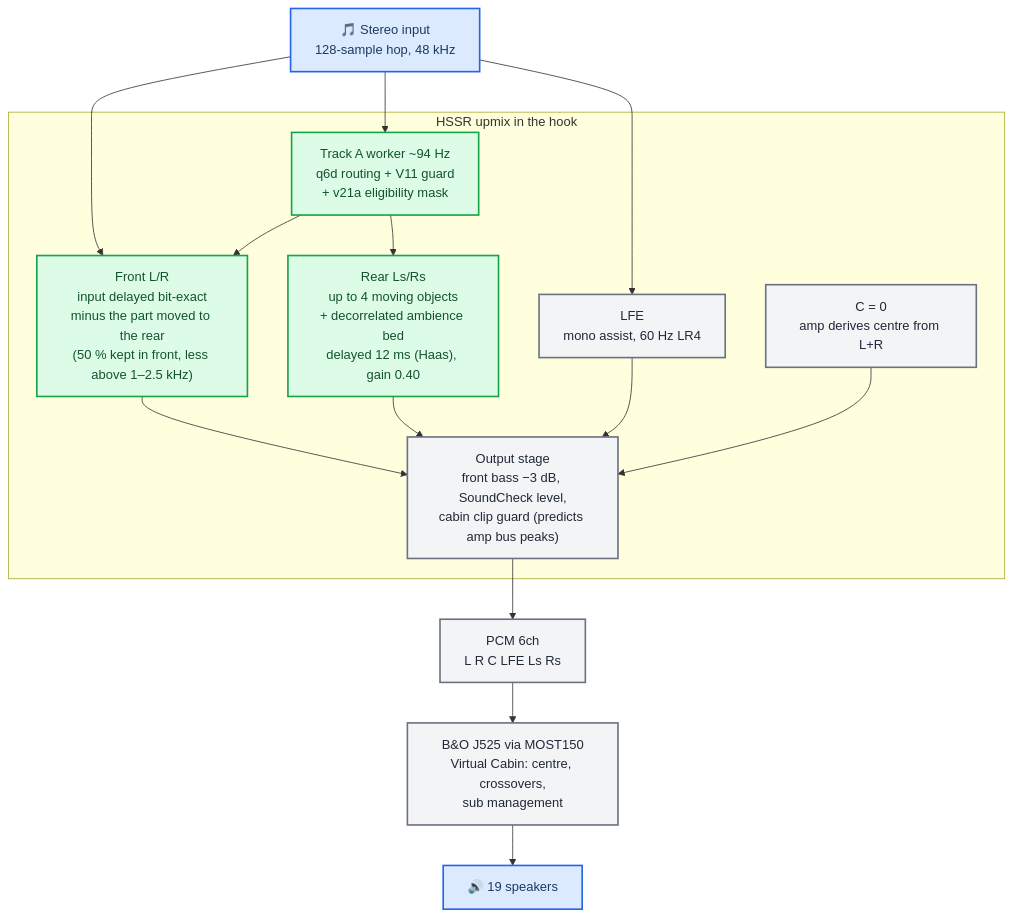
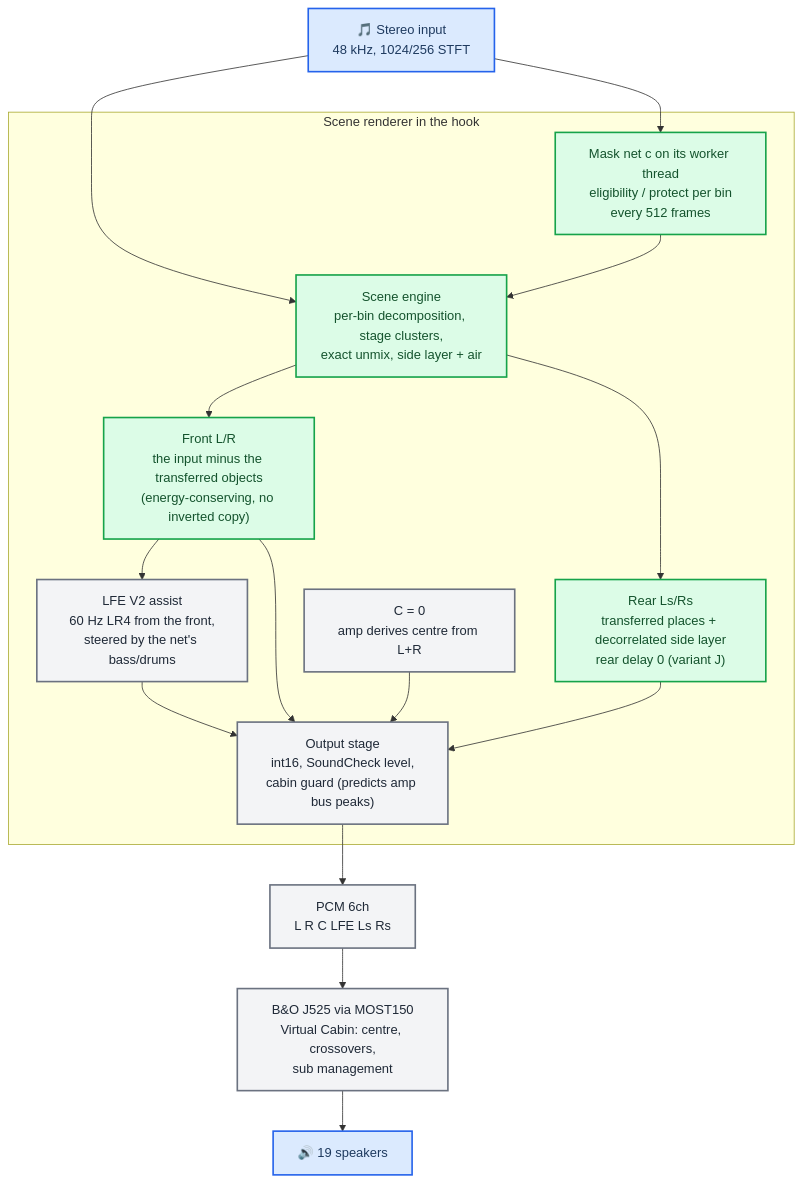
One commit to luka-dev/mib2q-carplay-rgi changed the first of 5 diagrams in docs/audio/STEREO_TO_5_1_UPMIX.md. Above: the diagram before and after it, drawn with Mermaid. The commit also changed other lines of this file and 1105 other files, not shown here.

First line of the commit message:
audio: retire the HSSR Universal upmix, SCENE is the only renderer

````diff
--- a/docs/audio/STEREO_TO_5_1_UPMIX.md
+++ b/docs/audio/STEREO_TO_5_1_UPMIX.md
@@ -11,37 +11,39 @@
 ```mermaid
 flowchart TB
-    accTitle: HSSR upmix at a glance
-    accDescr: Stereo input is split into a delayed front and a feature path. Track A uses q6d routing, V11 protection and v21a eligibility to build rear objects and an ambience bed delayed 12 ms; PCM6 then reaches the B&O amplifier and its 19 speakers.
-    stereo["🎵 Stereo input<br/>128-sample hop, 48 kHz"]
+    accTitle: Scene upmix at a glance
+    accDescr: Stereo input enters the scene engine, which analyses it in 1024-sample frames, moves off-centre instruments and the room residual to the rear and keeps the rest in front; the fine mask net steers which instruments move; PCM6 then reaches the B&O amplifier and its 19 speakers.
+    stereo["🎵 Stereo input<br/>48 kHz, 1024/256 STFT"]
 
-    subgraph hssr ["HSSR upmix in the hook"]
-        front["Front L/R<br/>input delayed bit-exact<br/>minus the part moved to the rear<br/>(50 % kept in front, less above 1–2.5 kHz)"]
-        ctrl["Track A worker ~94 Hz<br/>q6d routing + V11 guard<br/>+ v21a eligibility mask"]
-        rear["Rear Ls/Rs<br/>up to 4 moving objects<br/>+ decorrelated ambience bed<br/>delayed 12 ms (Haas), gain 0.40"]
-        lfe["LFE<br/>mono assist, 60 Hz LR4"]
+    subgraph scene ["Scene renderer in the hook"]
+        front["Front L/R<br/>the input minus the transferred objects<br/>(energy-conserving, no inverted copy)"]
+        engine["Scene engine<br/>per-bin decomposition, stage clusters,<br/>exact unmix, side layer + air"]
+        net["Mask net c on its worker thread<br/>eligibility / protect per bin<br/>every 512 frames"]
+        rear["Rear Ls/Rs<br/>transferred places + decorrelated side layer<br/>rear delay 0 (variant J)"]
+        lfe["LFE V2 assist<br/>60 Hz LR4 from the front,<br/>steered by the net's bass/drums"]
         centre["C = 0<br/>amp derives centre from L+R"]
-        out["Output stage<br/>front bass −3 dB, SoundCheck level,<br/>cabin clip guard (predicts amp bus peaks)"]
+        out["Output stage<br/>int16, SoundCheck level,<br/>cabin guard (predicts amp bus peaks)"]
     end
 
     pcm["PCM 6ch<br/>L R C LFE Ls Rs"]
     amp["B&O J525 via MOST150<br/>Virtual Cabin: centre, crossovers,<br/>sub management"]
     spk["🔊 19 speakers"]
 
-    stereo --> front
-    stereo --> ctrl
-    ctrl --> rear
-    ctrl --> front
-    stereo --> lfe
+    stereo --> engine
+    stereo --> net
+    net --> engine
+    engine --> front
+    engine --> rear
+    front --> lfe
     front --> out
     rear --> out
     lfe --> out
     centre --> out
     out --> pcm --> amp --> spk
 
     classDef primary fill:#dbeafe,stroke:#2563eb,stroke-width:2px,color:#1e3a5f
     classDef success fill:#dcfce7,stroke:#16a34a,stroke-width:2px,color:#14532d
     classDef neutral fill:#f3f4f6,stroke:#6b7280,stroke-width:2px,color:#1f2937
     class stereo,spk primary
-    class ctrl,rear,front success
+    class engine,net,rear,front success
     class lfe,centre,out,pcm,amp neutral
 ```
````
